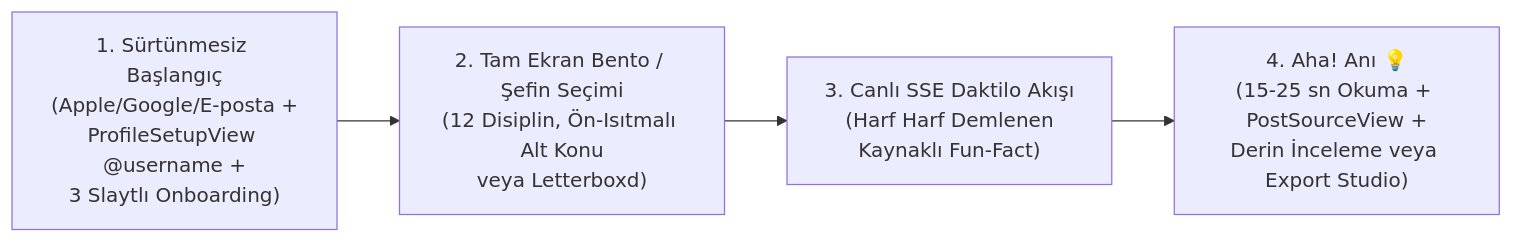
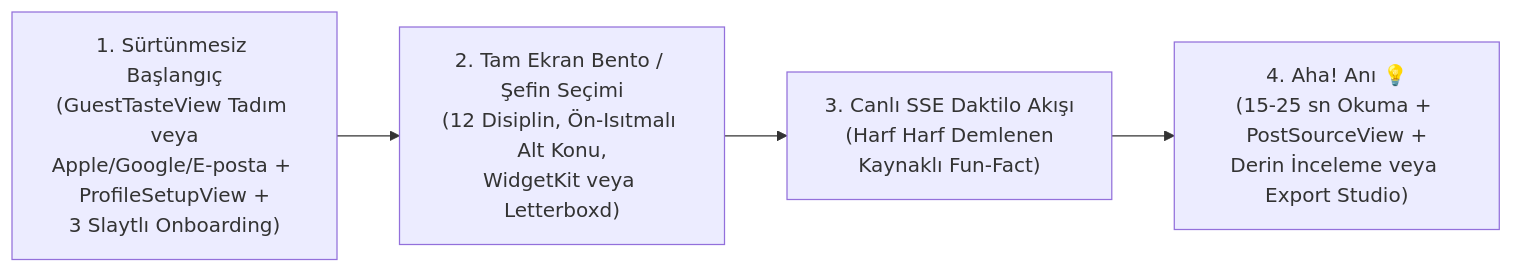
One commit to kuzeysinay/omakase changed the first of 2 diagrams in docs/urun_analizi_ve_pazarlama.md. Above: the diagram before and after it, drawn with Mermaid. The commit also changed other lines of this file and 8 other files, not shown here.

````diff
--- a/docs/urun_analizi_ve_pazarlama.md
+++ b/docs/urun_analizi_ve_pazarlama.md
@@ -42,6 +42,6 @@
 ```mermaid
 flowchart LR
-    A["1. Sürtünmesiz Başlangıç<br/>(Apple/Google/E-posta +<br/>ProfileSetupView @username +<br/>3 Slaytlı Onboarding)"] --> B["2. Tam Ekran Bento / Şefin Seçimi<br/>(12 Disiplin, Ön-Isıtmalı Alt Konu<br/>veya Letterboxd)"]
+    A["1. Sürtünmesiz Başlangıç<br/>(GuestTasteView Tadım veya<br/>Apple/Google/E-posta + ProfileSetupView +<br/>3 Slaytlı Onboarding)"] --> B["2. Tam Ekran Bento / Şefin Seçimi<br/>(12 Disiplin, Ön-Isıtmalı Alt Konu,<br/>WidgetKit veya Letterboxd)"]
     B --> C["3. Canlı SSE Daktilo Akışı<br/>(Harf Harf Demlenen<br/>Kaynaklı Fun-Fact)"]
     C --> D["4. Aha! Anı 💡<br/>(15-25 sn Okuma + PostSourceView +<br/>Derin İnceleme veya Export Studio)"]
 ```
````
